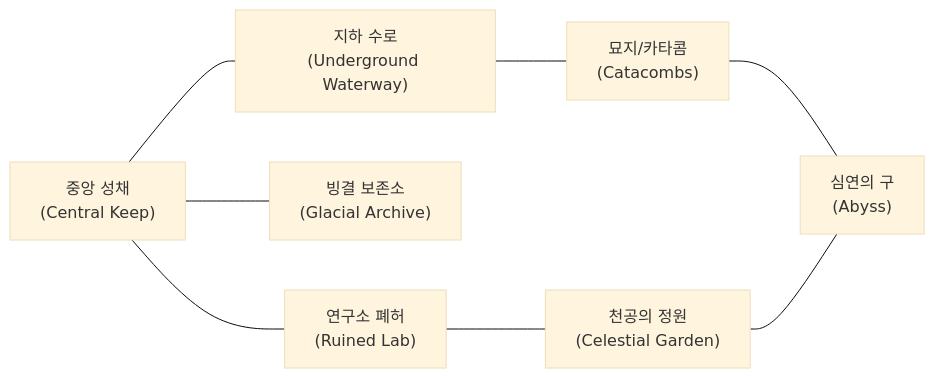
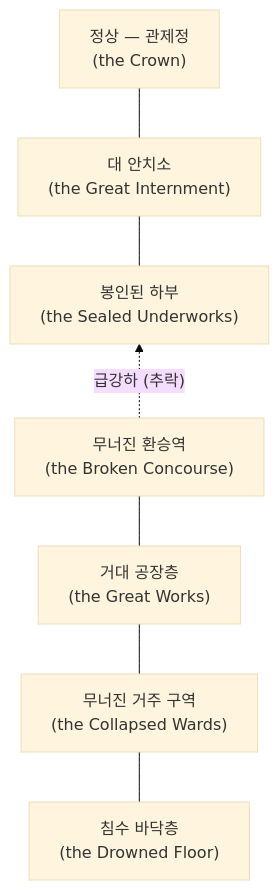
Before and after one commit to Biskraft/ProjectAbyss: the second of 2 diagrams in Documents/System/System_World_ProcGen.md, drawn with Mermaid (base theme). The commit also changed other lines of this file and 130 other files, not shown here.

````diff
--- a/Documents/System/System_World_ProcGen.md
+++ b/Documents/System/System_World_ProcGen.md
@@ -85,10 +88,9 @@
 ```mermaid
-graph LR
-    CK["중앙 성채\n(Central Keep)"] --- ML["연구소 폐허\n(Ruined Lab)"]
-    CK --- IC["빙결 보존소\n(Glacial Archive)"]
-    CK --- UW["지하 수로\n(Underground Waterway)"]
-    UW --- CT["묘지/카타콤\n(Catacombs)"]
-    ML --- ST["천공의 정원\n(Celestial Garden)"]
-    CT --- AB["심연의 구\n(Abyss)"]
-    ST --- AB
+graph BT
+    DF["침수 바닥층\n(the Drowned Floor)"] --- CW["무너진 거주 구역\n(the Collapsed Wards)"]
+    CW --- GW["거대 공장층\n(the Great Works)"]
+    GW --- BC["무너진 환승역\n(the Broken Concourse)"]
+    BC -. "급강하 (추락)" .-> SU["봉인된 하부\n(the Sealed Underworks)"]
+    SU --- GI["대 안치소\n(the Great Internment)"]
+    GI --- CR["정상 — 관제정\n(the Crown)"]
 ```
````
